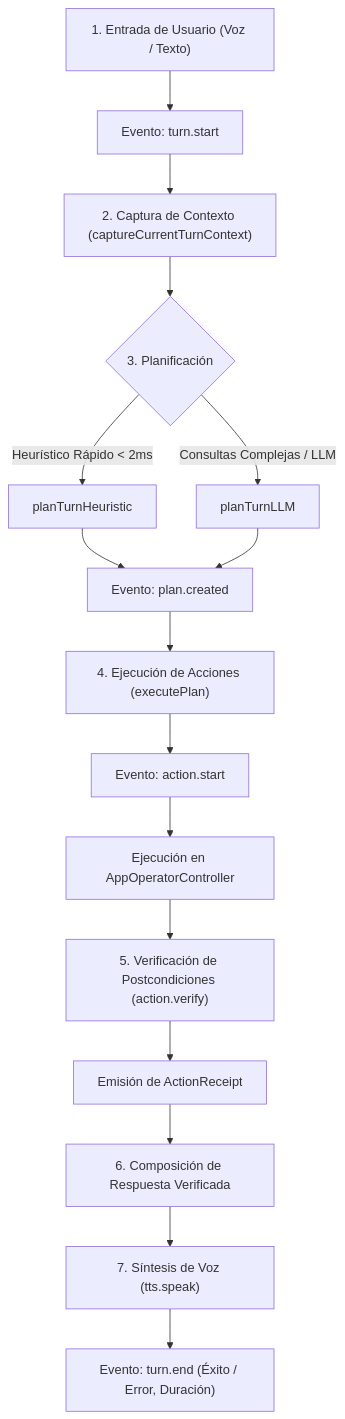
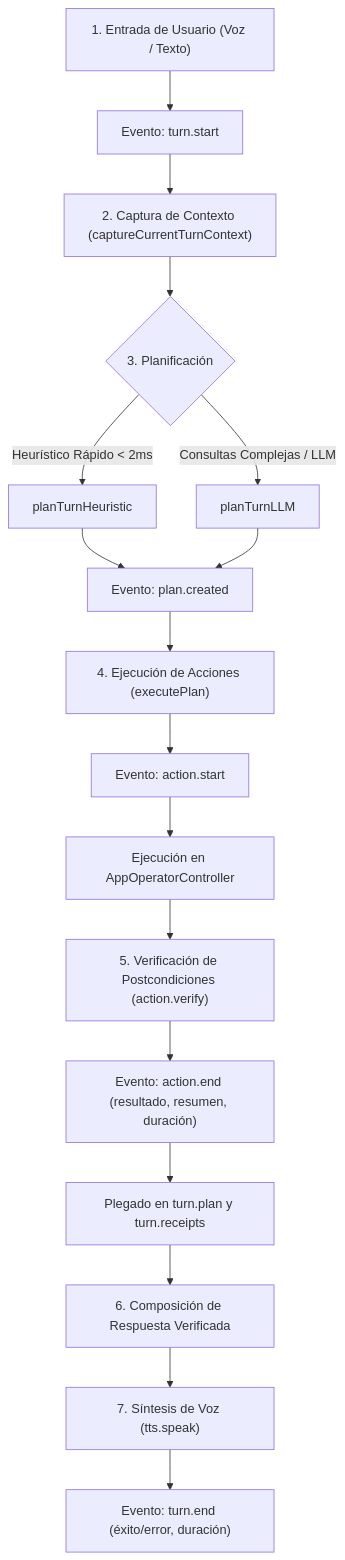
One commit to matiasts4/kite changed the diagram in odd/tasks/zed-assistant-execution-audit-guide.md. Above: the diagram before and after it, drawn with Mermaid. The commit also changed other lines of this file and 42 other files, not shown here.

````diff
--- a/odd/tasks/zed-assistant-execution-audit-guide.md
+++ b/odd/tasks/zed-assistant-execution-audit-guide.md
@@ -11,18 +11,19 @@
 ```mermaid
 flowchart TD
     UserInput["1. Entrada de Usuario (Voz / Texto)"] --> TurnStart["Evento: turn.start"]
     TurnStart --> ContextCapture["2. Captura de Contexto (captureCurrentTurnContext)"]
     ContextCapture --> Planning{"3. Planificación"}
     Planning -->|Heurístico Rápido &lt; 2ms| FastPlan["planTurnHeuristic"]
     Planning -->|Consultas Complejas / LLM| LLMPlan["planTurnLLM"]
     FastPlan --> PlanCreated["Evento: plan.created"]
     LLMPlan --> PlanCreated
     PlanCreated --> Execution["4. Ejecución de Acciones (executePlan)"]
     Execution --> ActionStart["Evento: action.start"]
     ActionStart --> ActionRun["Ejecución en AppOperatorController"]
     ActionRun --> ActionVerify["5. Verificación de Postcondiciones (action.verify)"]
-    ActionVerify --> ActionReceipt["Emisión de ActionReceipt"]
-    ActionReceipt --> ReplyComposition["6. Composición de Respuesta Verificada"]
+    ActionVerify --> ActionEnd["Evento: action.end (resultado, resumen, duración)"]
+    ActionEnd --> ReceiptsFold["Plegado en turn.plan y turn.receipts"]
+    ReceiptsFold --> ReplyComposition["6. Composición de Respuesta Verificada"]
     ReplyComposition --> TTS["7. Síntesis de Voz (tts.speak)"]
-    TTS --> TurnEnd["Evento: turn.end (Éxito / Error, Duración)"]
+    TTS --> TurnEnd["Evento: turn.end (éxito/error, duración)"]
 ```
````
